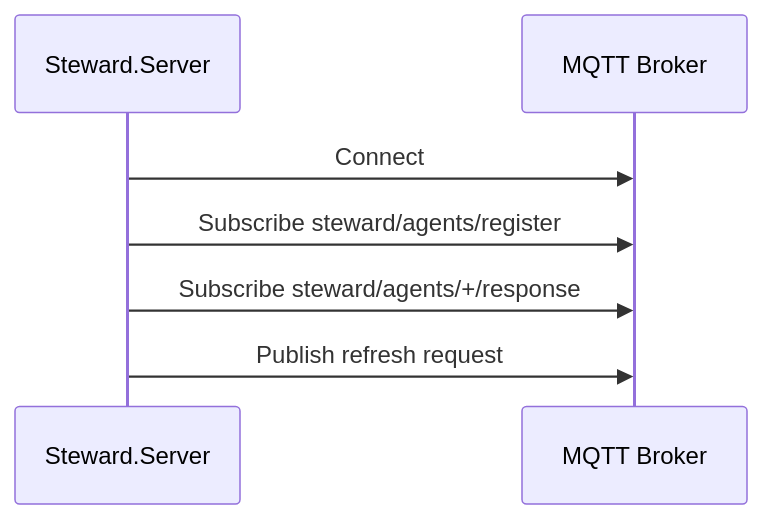
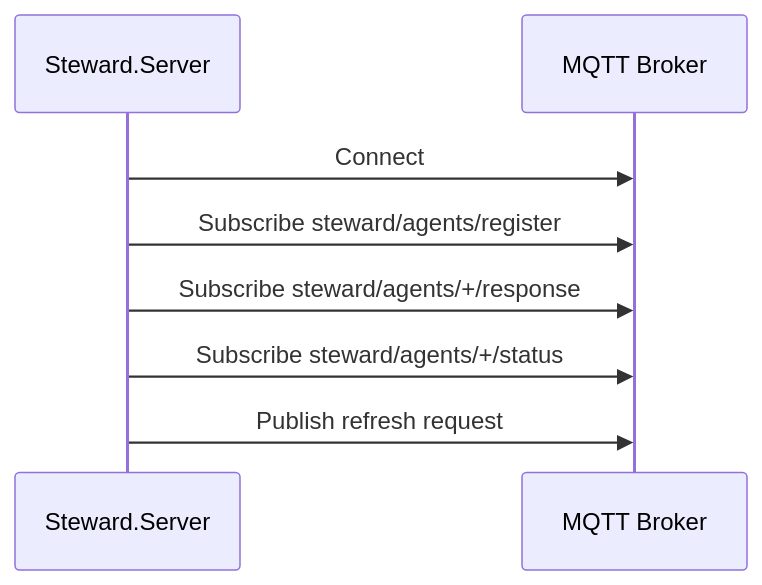
Before and after one commit to Minimistro32/steward: the second of 6 diagrams in docs/mqtt.md, drawn with Mermaid. The commit also changed other lines of this file, not shown here.

````diff
--- a/docs/mqtt.md
+++ b/docs/mqtt.md
@@ -45,10 +48,11 @@
 ```mermaid
 sequenceDiagram
     participant S as Steward.Server
     participant M as MQTT Broker
 
     S->>M: Connect
     S->>M: Subscribe steward/agents/register
     S->>M: Subscribe steward/agents/+/response
+    S->>M: Subscribe steward/agents/+/status
     S->>M: Publish refresh request
 ```
````
